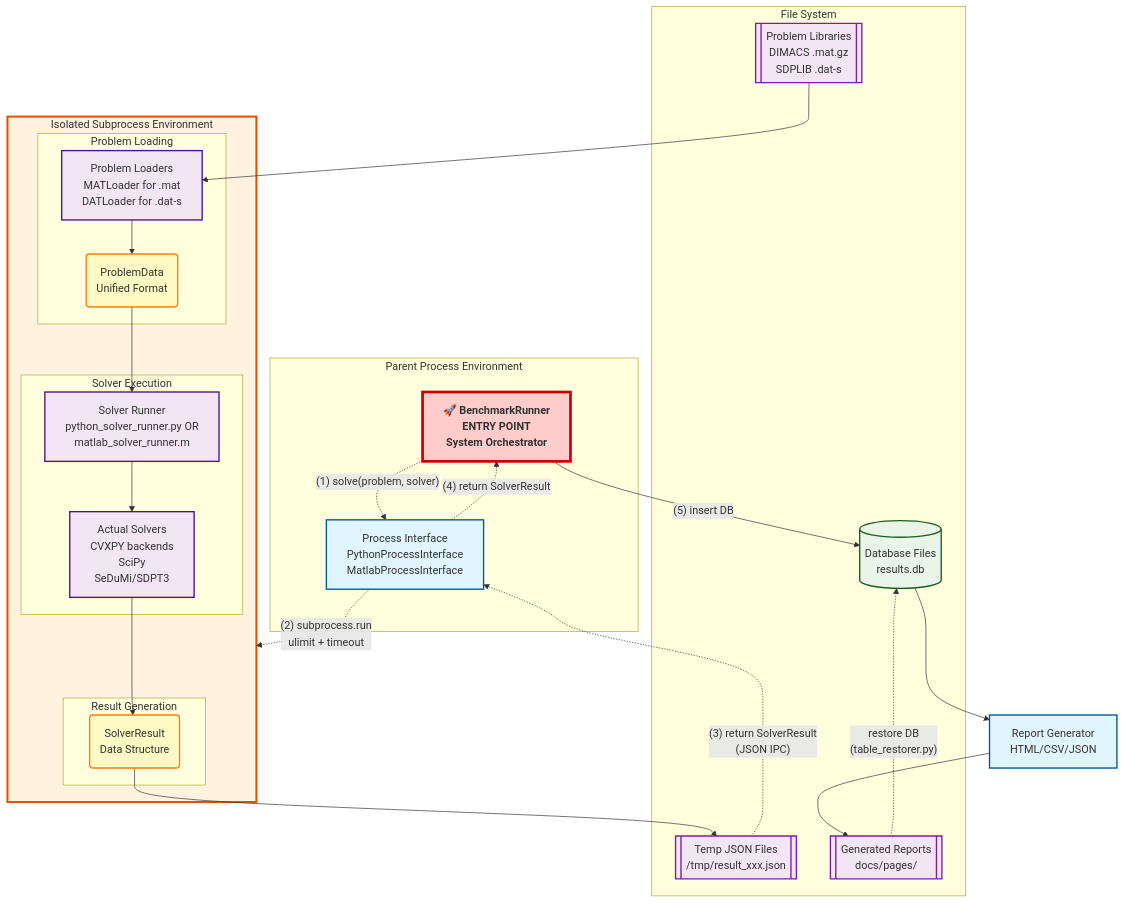
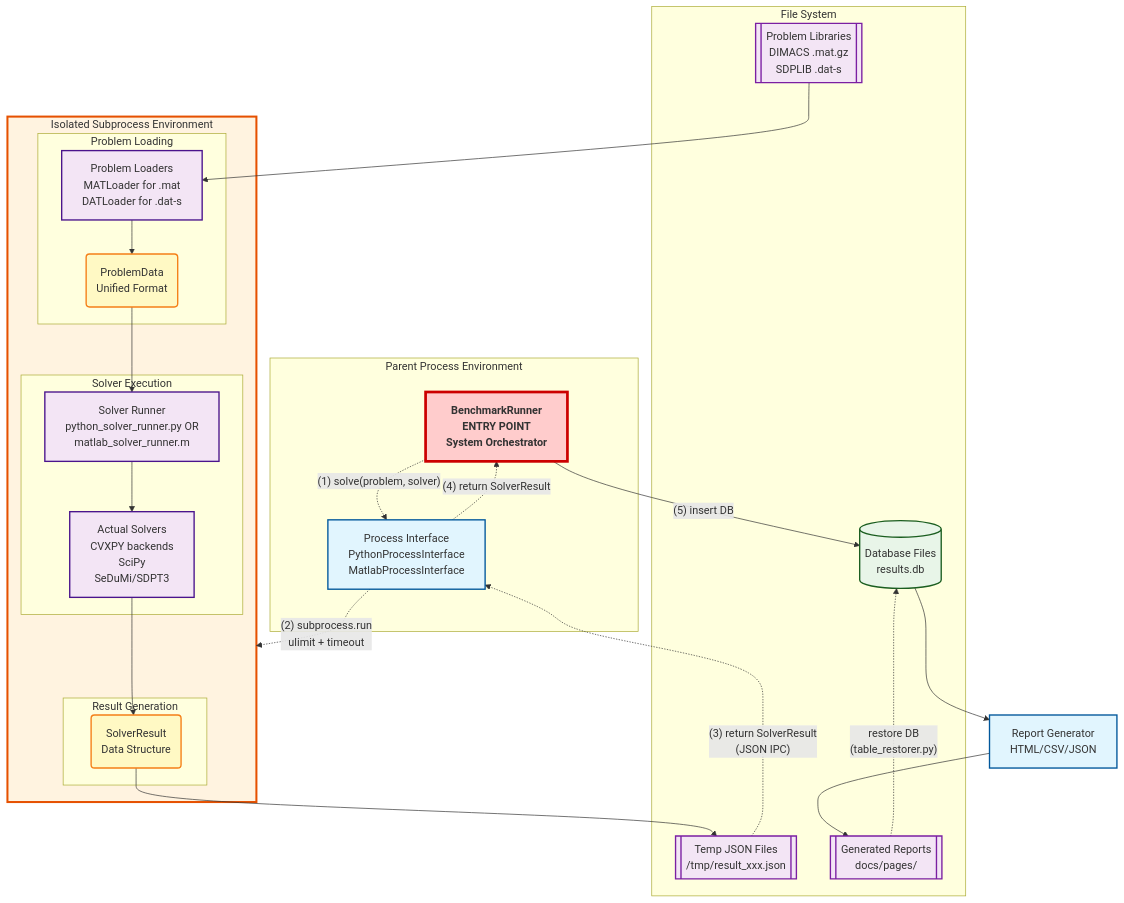
One commit to napinoco/optimization-solver-benchmark changed the diagram in docs/development/detail_design.md. Above: the diagram before and after it, drawn with Mermaid. The commit also changed other lines of this file and 3 other files, not shown here.

````diff
--- a/docs/development/detail_design.md
+++ b/docs/development/detail_design.md
@@ -103,71 +103,71 @@
 ```mermaid
 graph TB
     %% Parent Process Components
     subgraph "Parent Process Environment"
-        BR["🚀 BenchmarkRunner<br/>ENTRY POINT<br/>System Orchestrator"]
+        BR["BenchmarkRunner<br/>ENTRY POINT<br/>System Orchestrator"]
         PI["Process Interface<br/>PythonProcessInterface<br/>MatlabProcessInterface"]
     end
     
     %% Report Generator (separate from parent process)
     RPT["Report Generator<br/>HTML/CSV/JSON"]
     
     %% Isolated Subprocess
     subgraph SUB ["Isolated Subprocess Environment"]
         subgraph "Problem Loading"
             PL["Problem Loaders<br/>MATLoader for .mat<br/>DATLoader for .dat-s"]
             PD("ProblemData<br/>Unified Format")
         end
         
         subgraph "Solver Execution"
             SR["Solver Runner<br/>python_solver_runner.py OR<br/>matlab_solver_runner.m"]
             SOL["Actual Solvers<br/>CVXPY backends<br/>SciPy<br/>SeDuMi/SDPT3"]
         end
         
         subgraph "Result Generation"
             RES("SolverResult<br/>Data Structure")
         end
     end
     
     %% File System Storage
     subgraph "File System"
         PF[["Problem Libraries<br/>DIMACS .mat.gz<br/>SDPLIB .dat-s"]]
         TJ[["Temp JSON Files<br/>/tmp/result_xxx.json"]]
         DBF[("Database Files<br/>results.db")]
         HTML[["Generated Reports<br/>docs/pages/"]]
     end
     
     %% Sequential Execution Flow with Numbers
     BR -.->|"(1) solve(problem, solver)"| PI
     PI -.->|"(2) subprocess.run<br/>ulimit + timeout"| SUB
     
     PF --> PL
     PL --> PD
     PD --> SR
     SR --> SOL
     SOL --> RES
     RES --> TJ
     
     TJ -.->|"(3) return SolverResult<br/>(JSON IPC)"| PI
     PI -.->|"(4) return SolverResult"| BR
     BR -->|"(5) insert DB"| DBF
     DBF --> RPT
     RPT --> HTML
     HTML -.->|"restore DB<br/>(table_restorer.py)"| DBF
     
     %% Styling
     classDef entryPoint fill:#ffcccc,stroke:#cc0000,stroke-width:4px,font-weight:bold
     classDef processBox fill:#e1f5fe,stroke:#01579b,stroke-width:2px
     classDef subprocessBox fill:#f3e5f5,stroke:#4a148c,stroke-width:2px
     classDef internalDataBox fill:#fff9c4,stroke:#f57f17,stroke-width:2px
     classDef databaseBox fill:#e8f5e8,stroke:#1b5e20,stroke-width:2px
     classDef fileBox fill:#f3e5f5,stroke:#7b1fa2,stroke-width:2px
     classDef isolationBox fill:#fff3e0,stroke:#e65100,stroke-width:3px
     
     class BR entryPoint
     class PI,RPT processBox
     class PL,SR,SOL subprocessBox
     class PD,RES internalDataBox
     class DBF databaseBox
     class PF,TJ,HTML fileBox
     class SUB isolationBox
 ```
````
